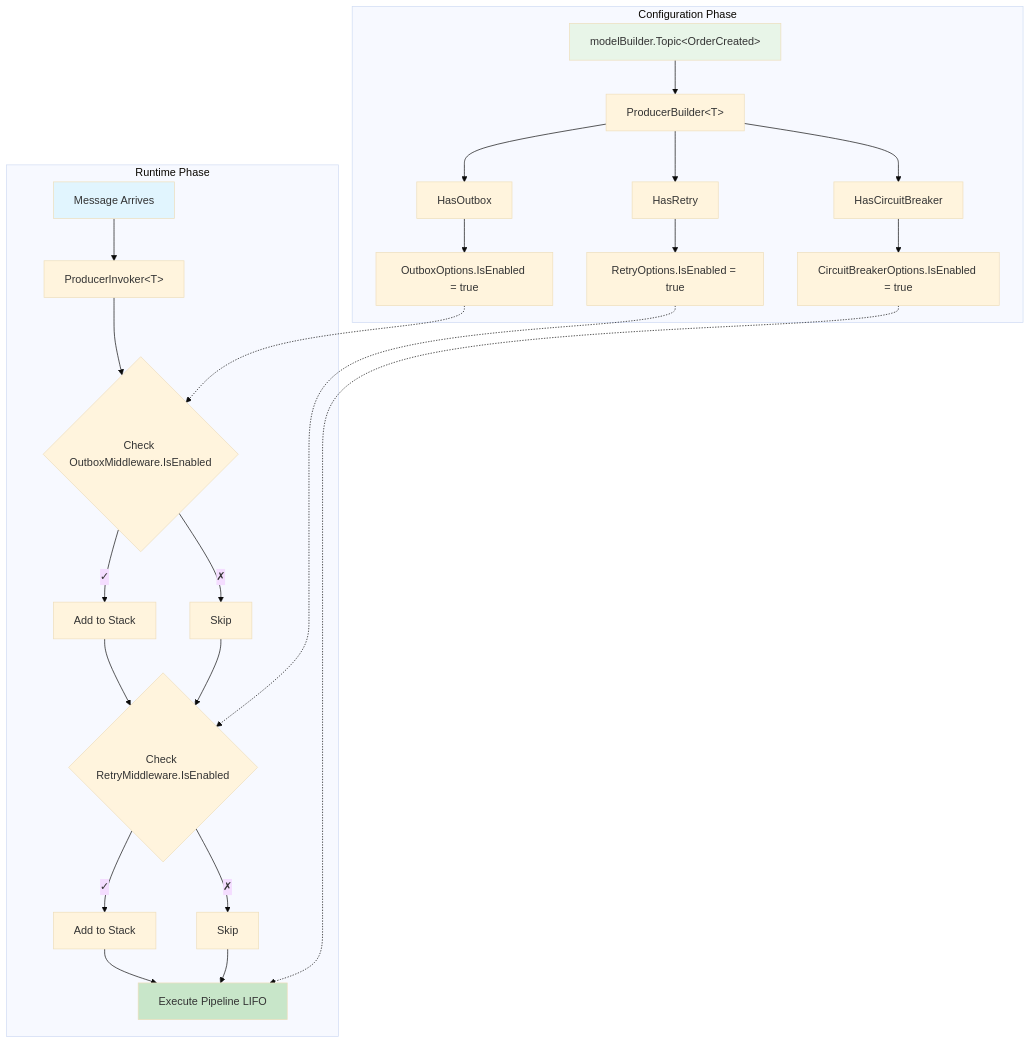
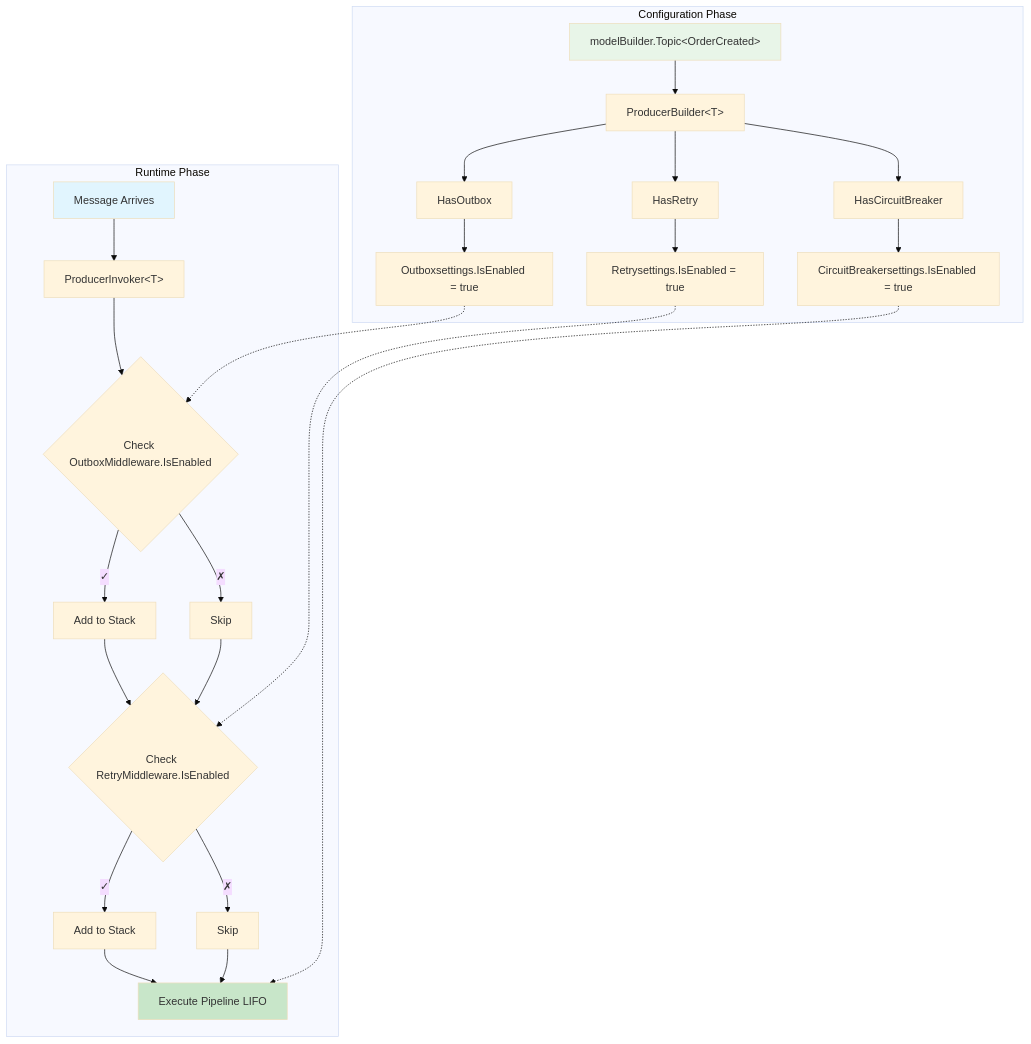
The ninth of 9 diagrams in MIDDLEWARE_ARCHITECTURE.md (cleberMargarida/k-entity-framework), drawn with Mermaid (base theme) before and after one commit. The commit also changed other lines of this file and 46 other files, not shown here.

````diff
--- a/MIDDLEWARE_ARCHITECTURE.md
+++ b/MIDDLEWARE_ARCHITECTURE.md
@@ -274,33 +274,33 @@
 ```mermaid
 graph TD
     subgraph "Configuration Phase"
         A[modelBuilder.Topic&lt;OrderCreated&gt;] --> B[ProducerBuilder&lt;T&gt;]
         B --> C[HasOutbox]
         B --> D[HasRetry]
         B --> E[HasCircuitBreaker]
-        C --> F[OutboxOptions.IsEnabled = true]
-        D --> G[RetryOptions.IsEnabled = true]
-        E --> H[CircuitBreakerOptions.IsEnabled = true]
+        C --> F[Outboxsettings.IsEnabled = true]
+        D --> G[Retrysettings.IsEnabled = true]
+        E --> H[CircuitBreakersettings.IsEnabled = true]
     end
     
     subgraph "Runtime Phase"
         I[Message Arrives] --> J[ProducerInvoker&lt;T&gt;]
         J --> K{Check OutboxMiddleware.IsEnabled}
         K -->|✓| L[Add to Stack]
         K -->|✗| M[Skip]
         L --> N{Check RetryMiddleware.IsEnabled}
         N -->|✓| O[Add to Stack]
         N -->|✗| P[Skip]
         O --> Q[Execute Pipeline LIFO]
         M --> N
         P --> Q
     end
     
     F -.-> K
     G -.-> N
     H -.-> Q
     
     style A fill:#e8f5e8
     style I fill:#e1f5fe
     style Q fill:#c8e6c9
 ```
````
